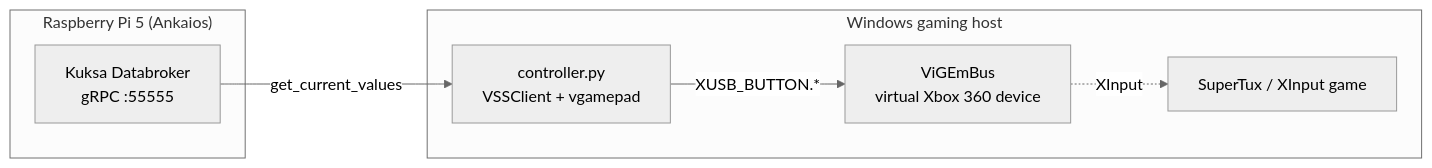
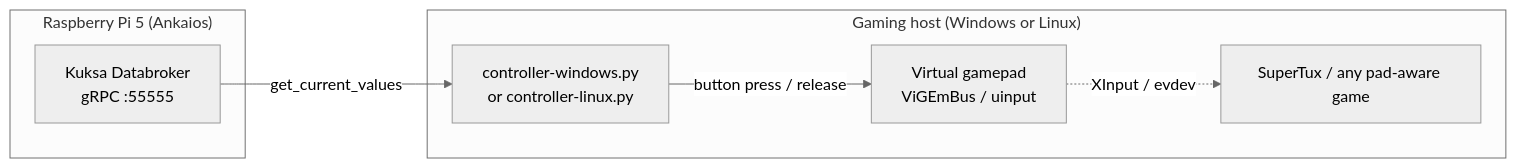
The diagram in docs/website/bridge-gamecontroller.md (eclipse-sdv-blueprints/e2e-vehicle-signals), drawn with Mermaid (neutral theme) before and after one commit. The commit also changed other lines of this file and 2 other files, not shown here.

Commit message:
feat: update image references in vehicle signals configuration and enhance gamepad bridge documentation

````diff
--- a/docs/website/bridge-gamecontroller.md
+++ b/docs/website/bridge-gamecontroller.md
@@ -16,14 +25,14 @@
 ```mermaid
 flowchart LR
     subgraph PI5["Raspberry Pi 5 (Ankaios)"]
         KDB[Kuksa Databroker<br/>gRPC :55555]
     end
-    subgraph WIN["Windows gaming host"]
-        CTRL[controller.py<br/>VSSClient + vgamepad]
-        VGEM[ViGEmBus<br/>virtual Xbox 360 device]
-        GAME[SuperTux / XInput game]
-        CTRL -->|XUSB_BUTTON.*| VGEM
-        VGEM -.XInput.-> GAME
+    subgraph HOST["Gaming host (Windows or Linux)"]
+        CTRL[controller-windows.py<br/>or controller-linux.py]
+        VDEV[Virtual gamepad<br/>ViGEmBus / uinput]
+        GAME[SuperTux / any pad-aware game]
+        CTRL -->|button press / release| VDEV
+        VDEV -.XInput / evdev.-> GAME
     end
     KDB -->|get_current_values| CTRL
 ```
````
